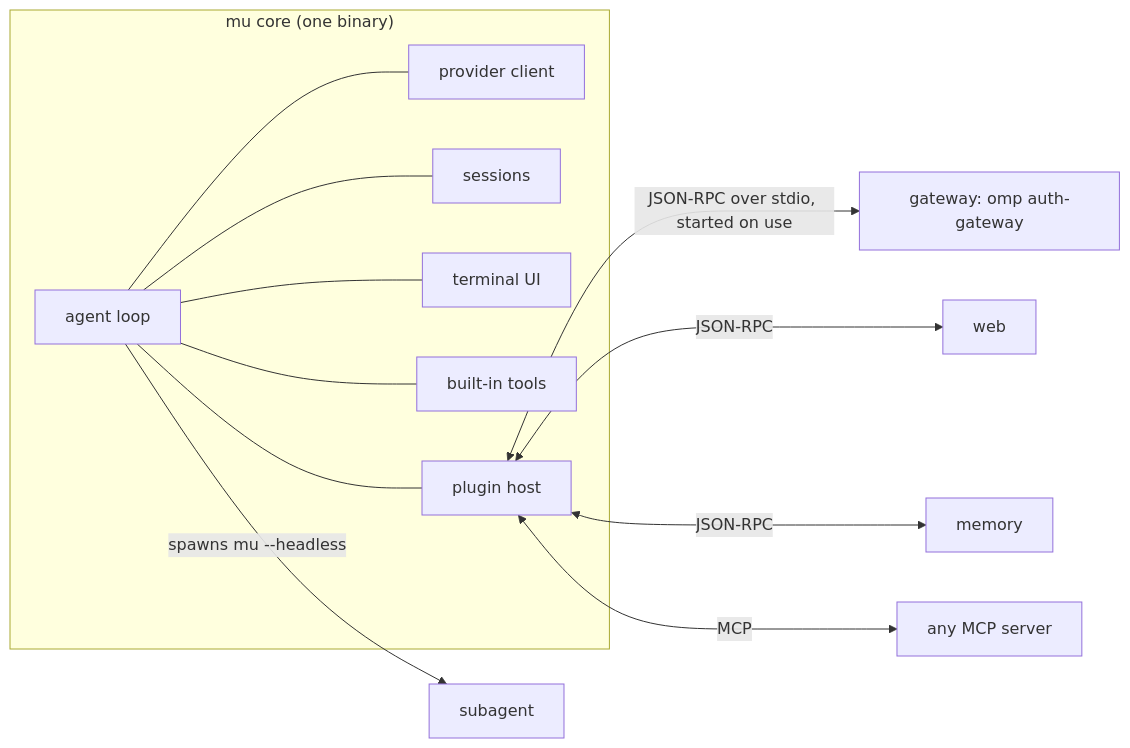
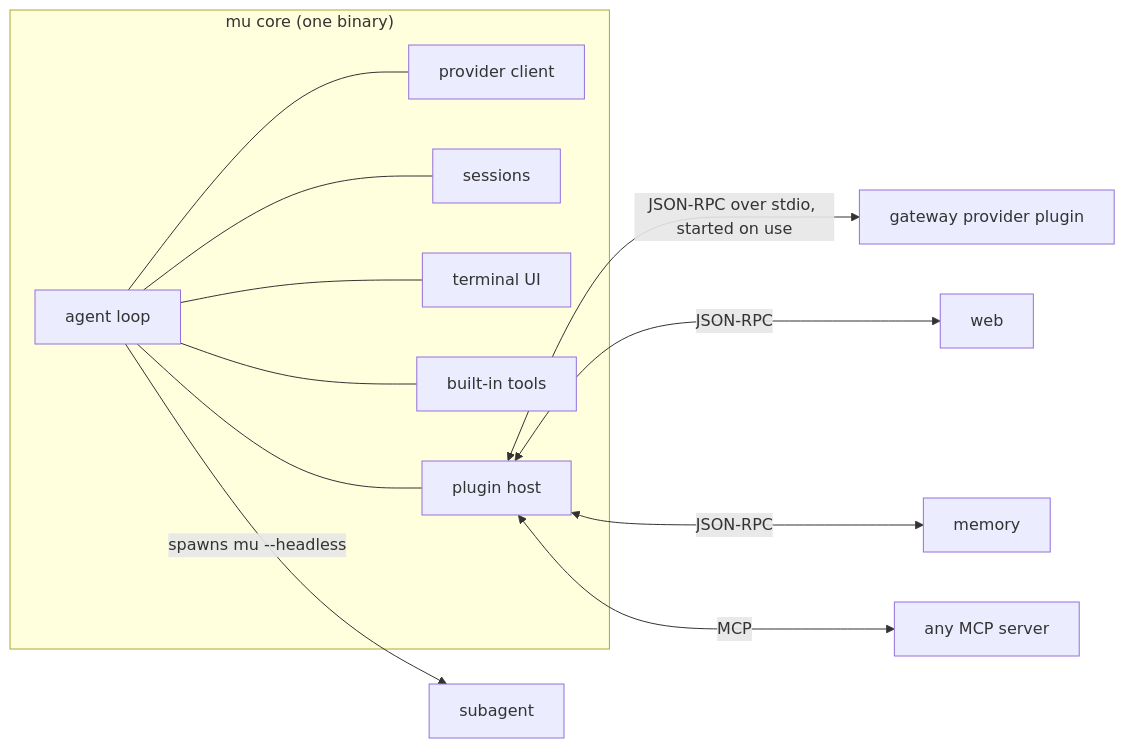
Before and after one commit to jacobhak/mu: the diagram in DESIGN.md, drawn with Mermaid. The commit also changed other lines of this file and 88 other files, not shown here.

````diff
--- a/DESIGN.md
+++ b/DESIGN.md
@@ -32,15 +32,15 @@
 ```mermaid
 flowchart LR
   subgraph core["mu core (one binary)"]
     loop[agent loop] --- prov[provider client]
     loop --- sess[sessions]
     loop --- tui[terminal UI]
     loop --- tools[built-in tools]
     loop --- host[plugin host]
   end
-  host <-->|JSON-RPC over stdio, started on use| gw[gateway: omp auth-gateway]
+  host <-->|JSON-RPC over stdio, started on use| gw[gateway provider plugin]
   host <-->|JSON-RPC| web[web]
   host <-->|JSON-RPC| mem[memory]
   host <-->|MCP| mcp[any MCP server]
   loop -->|spawns mu --headless| sub[subagent]
 ```
````
